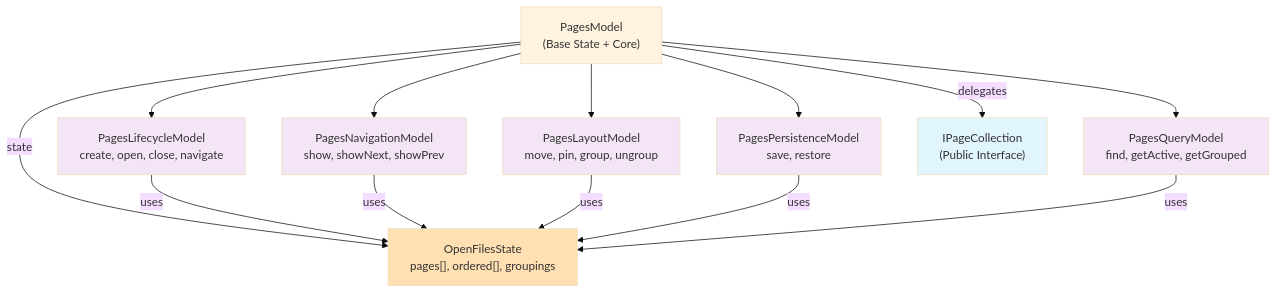
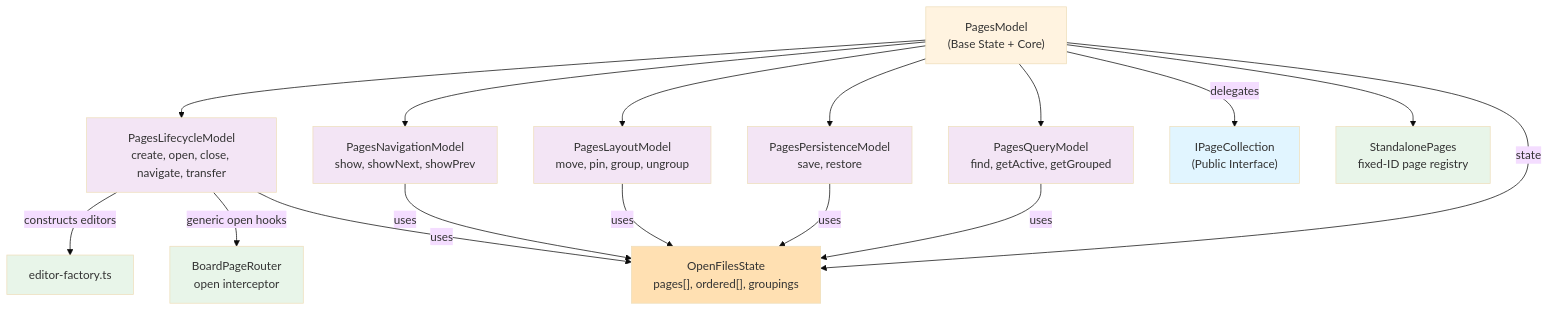
One commit to andriy-viyatyk/persephone changed the third of 4 diagrams in doc/architecture/pages-architecture.md. Above: the diagram before and after it, drawn with Mermaid (base theme). The commit also changed other lines of this file and 45 other files, not shown here.

First line of the commit message:
EPIC-151: Refactoring Phase 5.1 - the PagesLifecycleModel split

````diff
--- a/doc/architecture/pages-architecture.md
+++ b/doc/architecture/pages-architecture.md
@@ -312,28 +312,35 @@
 ```mermaid
 graph TD
     Base["PagesModel<br/>(Base State + Core)"]
 
-    Base --> LC["PagesLifecycleModel<br/>create, open, close, navigate"]
+    Base --> LC["PagesLifecycleModel<br/>create, open, close, navigate, transfer"]
     Base --> Nav["PagesNavigationModel<br/>show, showNext, showPrev"]
     Base --> Lay["PagesLayoutModel<br/>move, pin, group, ungroup"]
     Base --> Persist["PagesPersistenceModel<br/>save, restore"]
     Base --> Query["PagesQueryModel<br/>find, getActive, getGrouped"]
 
     Base -->|delegates| IPC["IPageCollection<br/>(Public Interface)"]
+
+    LC -->|constructs editors| EF["editor-factory.ts"]
+    LC -->|generic open hooks| BI["BoardPageRouter<br/>open interceptor"]
+    Base --> SP["StandalonePages<br/>fixed-ID page registry"]
 
     Base -->|state| S["OpenFilesState<br/>pages[], ordered[], groupings"]
     LC -->|uses| S
     Nav -->|uses| S
     Lay -->|uses| S
     Persist -->|uses| S
     Query -->|uses| S
 
     style Base fill:#fff3e0
     style LC fill:#f3e5f5
     style Nav fill:#f3e5f5
     style Lay fill:#f3e5f5
     style Persist fill:#f3e5f5
     style Query fill:#f3e5f5
+    style EF fill:#e8f5e9
+    style BI fill:#e8f5e9
+    style SP fill:#e8f5e9
     style IPC fill:#e1f5ff
     style S fill:#ffe0b2
 ```
````
